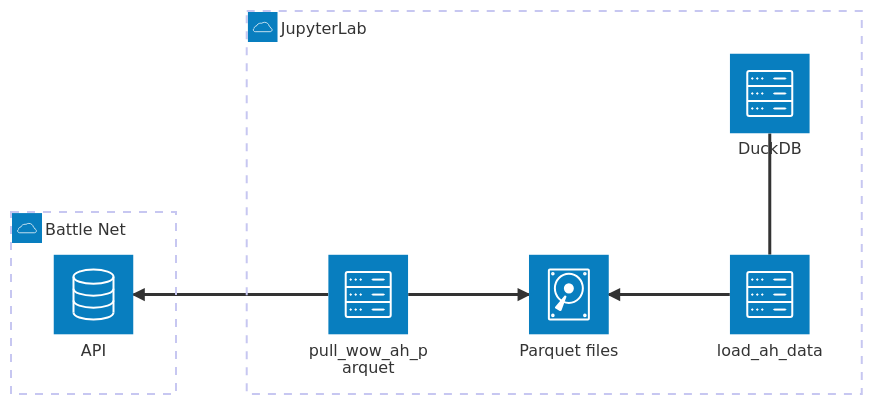
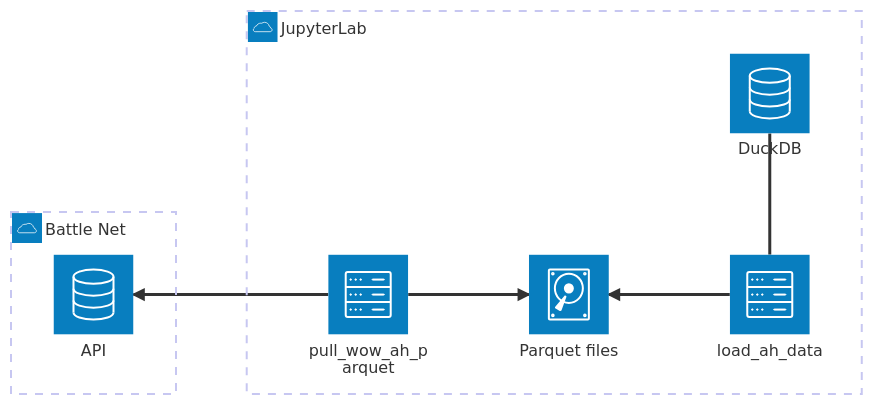
Before and after one commit to Viking-Gentlemen/wow-analytics: the first of 2 diagrams in README.md, drawn with Mermaid. The commit also changed other lines of this file, not shown here.

````diff
--- a/README.md
+++ b/README.md
@@ -14,18 +14,18 @@
 ```mermaid
 architecture-beta
 
 group blizzard(cloud)[Battle Net]
 service bli_api(database)[API] in blizzard
 
 group jupyterlab(cloud)[JupyterLab]
 service puller(server)[pull_wow_ah_parquet] in jupyterlab
 service tmp_store(disk)[Parquet files] in jupyterlab
 service loader(server)[load_ah_data] in jupyterlab
-service duck(server)[DuckDB] in jupyterlab
+service duck(database)[DuckDB] in jupyterlab
 
 
 puller:L --> R:bli_api
 puller:R --> L:tmp_store
 loader:L --> R:tmp_store
 loader:T -- B:duck
 ```
````
